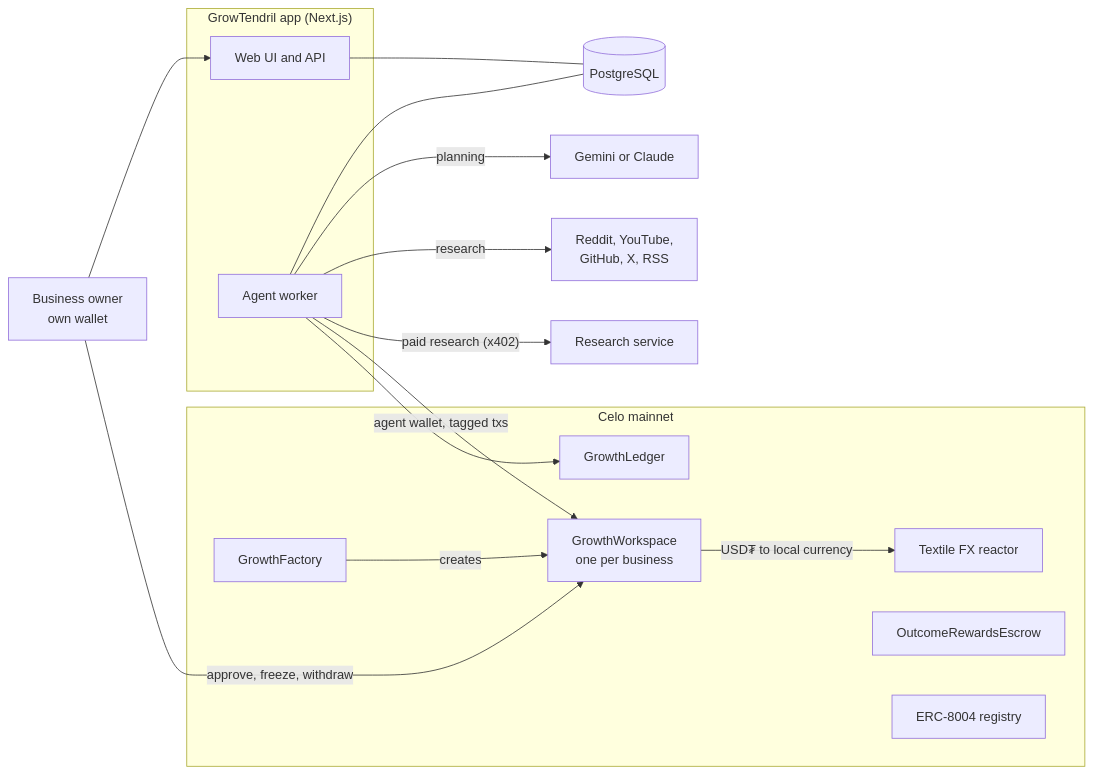
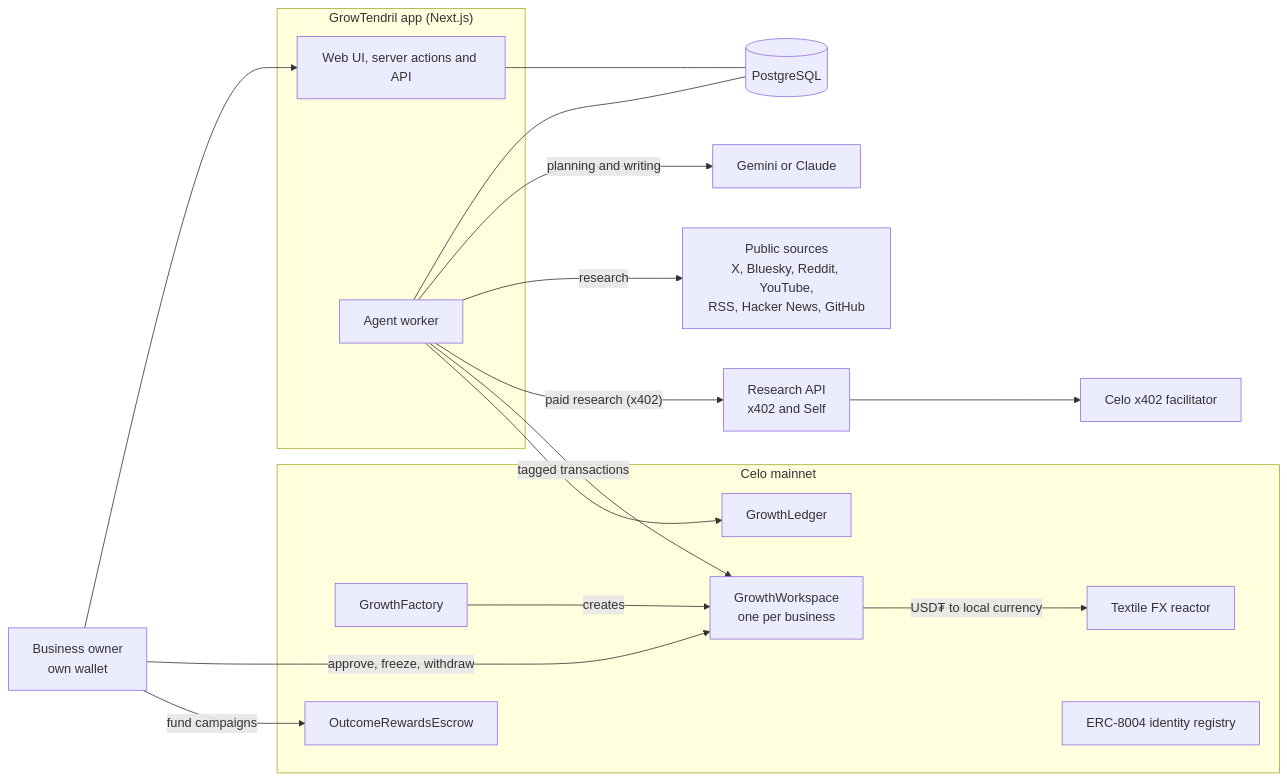
One commit to drained69/growtendril-celo changed the second of 3 diagrams in README.md. Above: the diagram before and after it, drawn with Mermaid. The commit also changed other lines of this file and 23 other files, not shown here.

````diff
--- a/README.md
+++ b/README.md
@@ -80,35 +130,38 @@
 ```mermaid
 flowchart LR
   Owner["Business owner<br/>own wallet"]
 
   subgraph App["GrowTendril app (Next.js)"]
-    Web["Web UI and API"]
+    Web["Web UI, server actions and API"]
     Worker["Agent worker"]
   end
 
   subgraph Celo["Celo mainnet"]
     Factory["GrowthFactory"]
     WS["GrowthWorkspace<br/>one per business"]
-    Textile["Textile FX reactor"]
     Ledger["GrowthLedger"]
     Escrow["OutcomeRewardsEscrow"]
-    Registry["ERC-8004 registry"]
+    Textile["Textile FX reactor"]
+    Registry["ERC-8004 identity registry"]
   end
 
   DB[("PostgreSQL")]
   LLM["Gemini or Claude"]
-  Sources["Reddit, YouTube,<br/>GitHub, X, RSS"]
-  Signals["Research service"]
+  Sources["Public sources<br/>X, Bluesky, Reddit, YouTube,<br/>RSS, Hacker News, GitHub"]
+  Signals["Research API<br/>x402 and Self"]
+  Facilitator["Celo x402 facilitator"]
 
   Owner --> Web
   Owner -->|"approve, freeze, withdraw"| WS
   Web --- DB
   Worker --- DB
-  Worker -->|planning| LLM
+  Worker -->|planning and writing| LLM
   Worker -->|research| Sources
   Worker -->|"paid research (x402)"| Signals
-  Worker -->|"agent wallet, tagged txs"| WS
+  Signals --> Facilitator
+  Worker -->|"tagged transactions"| WS
   Worker --> Ledger
   Factory -->|creates| WS
   WS -->|"USD₮ to local currency"| Textile
+  Owner -->|fund campaigns| Escrow
 ```
````
